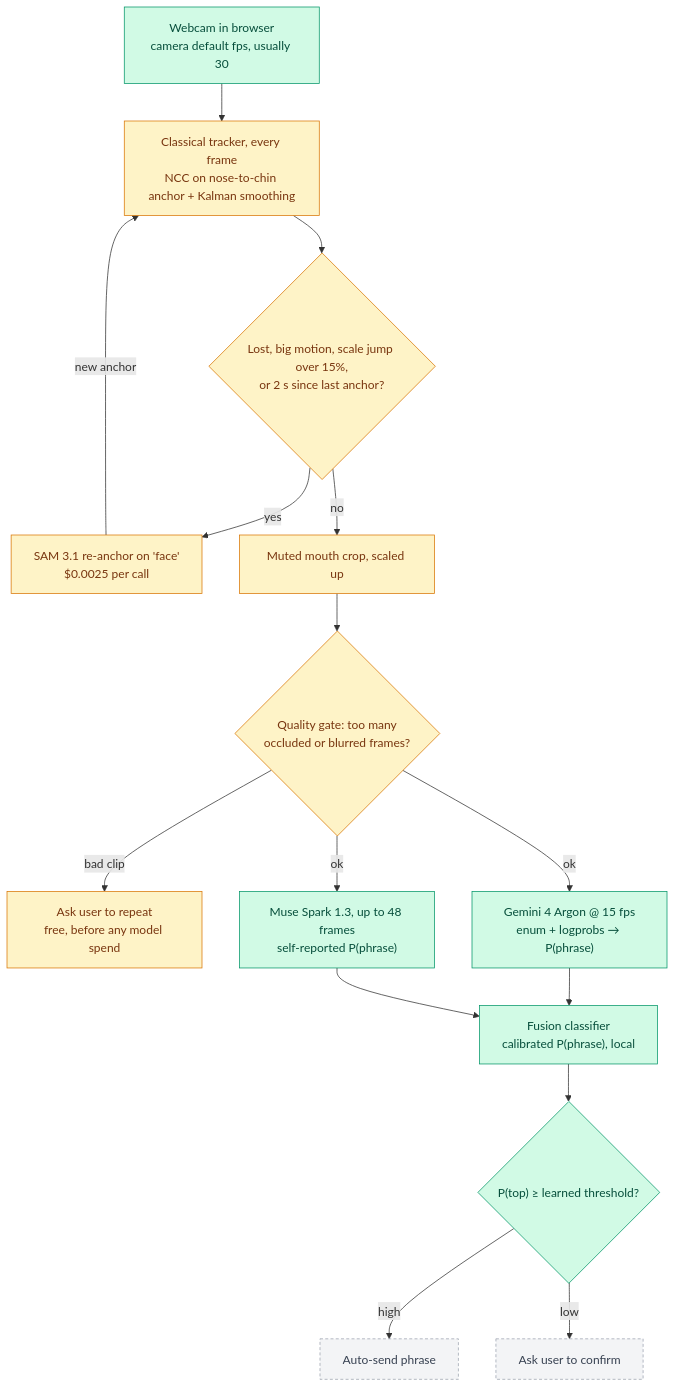
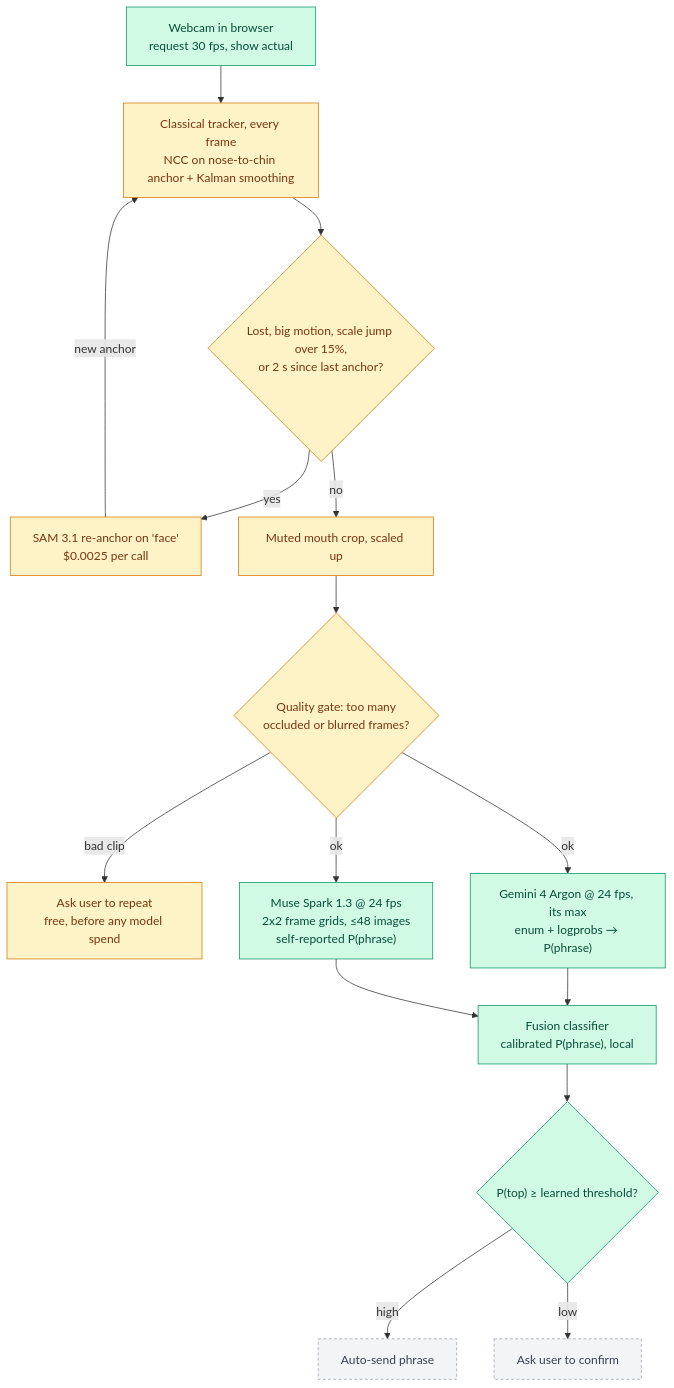
Before and after one commit to Darijan-Ducic/badge-machine: the first of 2 diagrams in docs/pipeline.md, drawn with Mermaid. The commit also changed other lines of this file and 4 other files, not shown here.

First line of the commit message:
docs: diagrams reflect 24 fps feeding and built training stages; serve them as SVG

````diff
--- a/docs/pipeline.md
+++ b/docs/pipeline.md
@@ -7,32 +7,32 @@
 ```mermaid
 flowchart TD
-  CAM["Webcam in browser<br/>camera default fps, usually 30"]
+  CAM["Webcam in browser<br/>request 30 fps, show actual"]
   TRK["Classical tracker, every frame<br/>NCC on nose-to-chin anchor + Kalman smoothing"]
   TRIG{"Lost, big motion, scale jump over 15%,<br/>or 2 s since last anchor?"}
   SAM["SAM 3.1 re-anchor on 'face'<br/>$0.0025 per call"]
   CROP["Muted mouth crop, scaled up"]
   QG{"Quality gate: too many<br/>occluded or blurred frames?"}
   REPEAT["Ask user to repeat<br/>free, before any model spend"]
-  GEM["Gemini 4 Argon @ 15 fps<br/>enum + logprobs → P(phrase)"]
-  MUSE["Muse Spark 1.3, up to 48 frames<br/>self-reported P(phrase)"]
+  GEM["Gemini 4 Argon @ 24 fps, its max<br/>enum + logprobs → P(phrase)"]
+  MUSE["Muse Spark 1.3 @ 24 fps<br/>2x2 frame grids, ≤48 images<br/>self-reported P(phrase)"]
   FUSE["Fusion classifier<br/>calibrated P(phrase), local"]
   GATE{"P(top) ≥ learned threshold?"}
   SEND["Auto-send phrase"]
   CONFIRM["Ask user to confirm"]
 
   CAM --> TRK --> TRIG
   TRIG -- yes --> SAM -- new anchor --> TRK
   TRIG -- no --> CROP --> QG
   QG -- bad clip --> REPEAT
   QG -- ok --> GEM & MUSE
   GEM & MUSE --> FUSE --> GATE
   GATE -- high --> SEND
   GATE -- low --> CONFIRM
 
   classDef built fill:#d1fae5,stroke:#059669,color:#064e3b
   classDef building fill:#fef3c7,stroke:#d97706,color:#78350f
   classDef planned fill:#f3f4f6,stroke:#9ca3af,color:#374151,stroke-dasharray:4 3
   class CAM,GEM,MUSE,FUSE,GATE built
   class TRK,TRIG,SAM,CROP,QG,REPEAT building
   class SEND,CONFIRM planned
 ```
````
